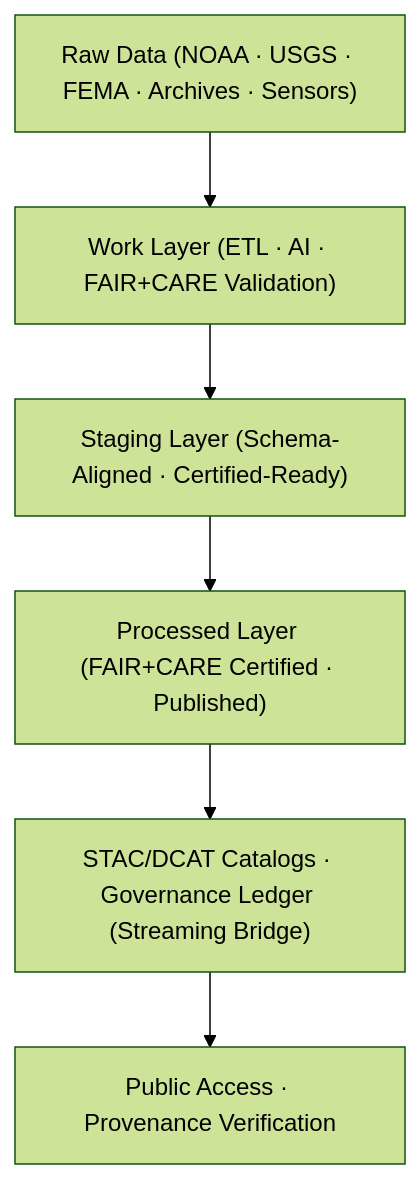
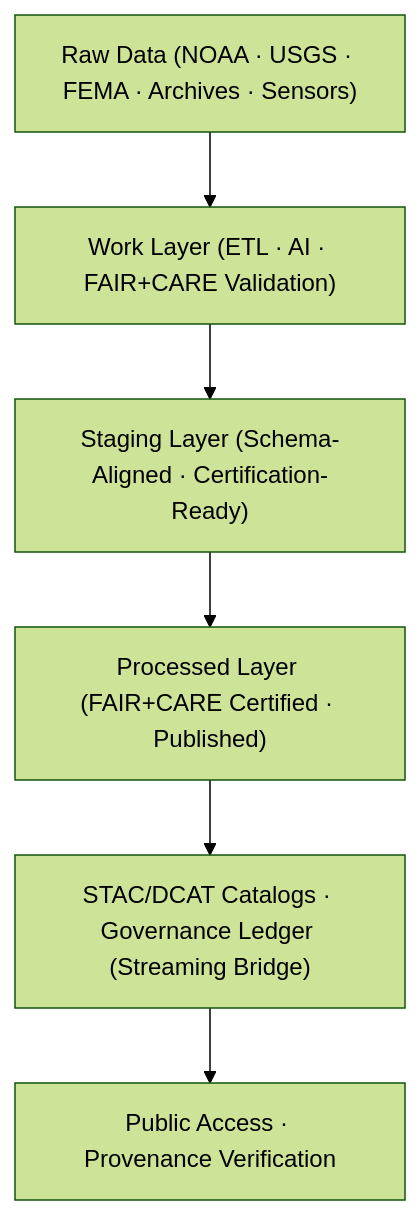
The first of 2 diagrams in data/ARCHITECTURE.md (bartytime4life/Kansas-Frontier-Matrix), drawn with Mermaid (forest theme) before and after one commit. The commit also changed other lines of this file, not shown here.

````diff
--- a/data/ARCHITECTURE.md
+++ b/data/ARCHITECTURE.md
@@ -57,8 +57,8 @@
 ```mermaid
 flowchart TD
     A["Raw Data (NOAA · USGS · FEMA · Archives · Sensors)"] --> B["Work Layer (ETL · AI · FAIR+CARE Validation)"]
-    B --> C["Staging Layer (Schema-Aligned · Certified-Ready)"]
+    B --> C["Staging Layer (Schema-Aligned · Certification-Ready)"]
     C --> D["Processed Layer (FAIR+CARE Certified · Published)"]
     D --> E["STAC/DCAT Catalogs · Governance Ledger (Streaming Bridge)"]
     E --> F["Public Access · Provenance Verification"]
 ```
````
